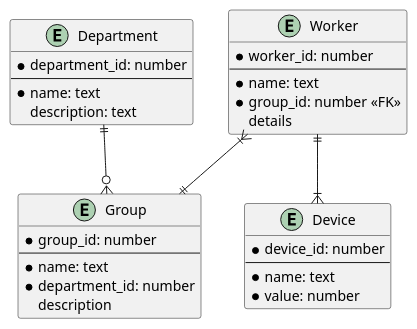
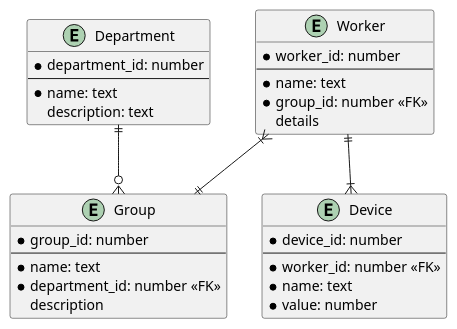
The diagram in erd.puml (feczkob/CompanyDeviceRegister), drawn with PlantUML before and after one commit. The commit also changed 5 other files, not shown here.

```diff
--- a/erd.puml
+++ b/erd.puml
@@ -1,36 +1,37 @@
 @startuml
 entity Department {
     * department_id: number
     --
     * name: text
     description: text
 }
 
 entity Group {
     * group_id: number
     --
     * name: text
-    * department_id: number
+    * department_id: number <<FK>>
     description
 }
 
 entity Worker {
     * worker_id: number
     --
     * name: text
     * group_id: number <<FK>>
     details
 }
 
 entity Device {
     * device_id: number
     --
+    * worker_id: number <<FK>>
     * name: text
     * value: number
 }
 
 
 Department ||--o{ Group
 Worker ||--|{ Device
 Worker }|--|| Group
 @enduml
```
